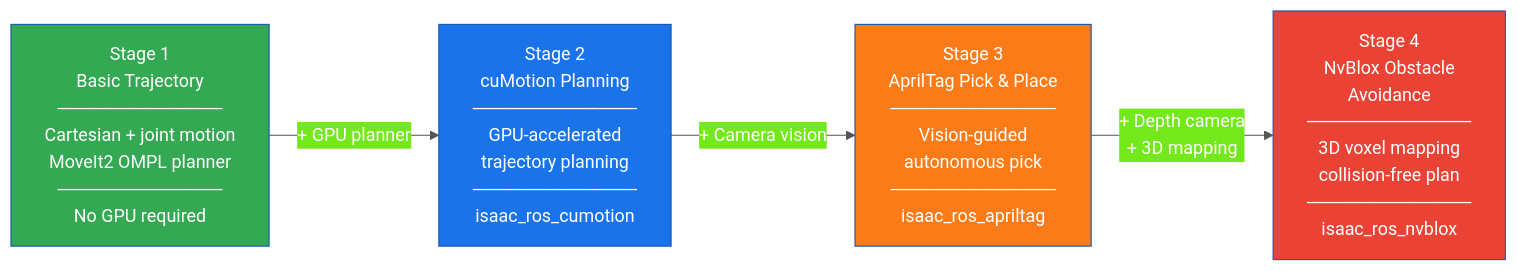
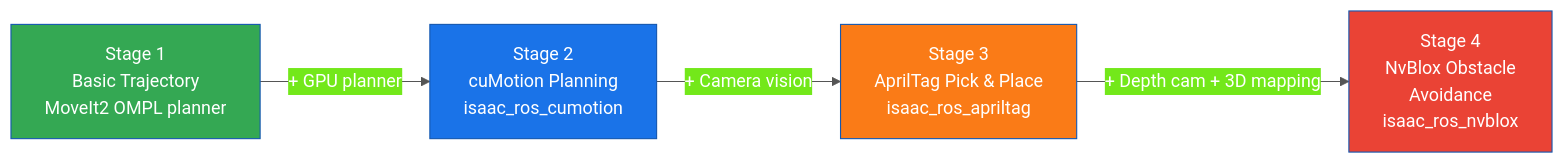
Before and after one commit to movensys/wmx_ros2_doc: the diagram in doc/examples/isaac_manipulator.rst, drawn with Mermaid. The commit also changed other lines of this file and 6 other files, not shown here.

```diff
--- a/doc/examples/isaac_manipulator.rst
+++ b/doc/examples/isaac_manipulator.rst
@@ -44,19 +44,19 @@
 .. mermaid::
    :caption: Isaac Manipulator — 4-stage progressive capability workflow
    :zoom:
 
    %%{init: {"theme": "base", "themeVariables": {"primaryColor": "#1a73e8", "primaryTextColor": "#fff", "primaryBorderColor": "#1558b0", "lineColor": "#555"}}}%%
    flowchart LR
-       S1["Stage 1<br/>Basic Trajectory<br/>─────────────<br/>Cartesian + joint motion<br/>MoveIt2 OMPL planner<br/>─────────────<br/>No GPU required"]
-       S2["Stage 2<br/>cuMotion Planning<br/>─────────────<br/>GPU-accelerated<br/>trajectory planning<br/>─────────────<br/>isaac_ros_cumotion"]
-       S3["Stage 3<br/>AprilTag Pick & Place<br/>─────────────<br/>Vision-guided<br/>autonomous pick<br/>─────────────<br/>isaac_ros_apriltag"]
-       S4["Stage 4<br/>NvBlox Obstacle<br/>Avoidance<br/>─────────────<br/>3D voxel mapping<br/>collision-free plan<br/>─────────────<br/>isaac_ros_nvblox"]
+       S1["Stage 1<br/>Basic Trajectory<br/>MoveIt2 OMPL planner"]
+       S2["Stage 2<br/>cuMotion Planning<br/>isaac_ros_cumotion"]
+       S3["Stage 3<br/>AprilTag Pick & Place<br/>isaac_ros_apriltag"]
+       S4["Stage 4<br/>NvBlox Obstacle<br/>Avoidance<br/>isaac_ros_nvblox"]
 
        S1 -->|"+ GPU planner"| S2
        S2 -->|"+ Camera vision"| S3
-       S3 -->|"+ Depth camera<br/>+ 3D mapping"| S4
+       S3 -->|"+ Depth cam + 3D mapping"| S4
 
        style S1 fill:#34a853,color:#fff
        style S2 fill:#1a73e8,color:#fff
        style S3 fill:#fa7b17,color:#fff
        style S4 fill:#ea4335,color:#fff
```
